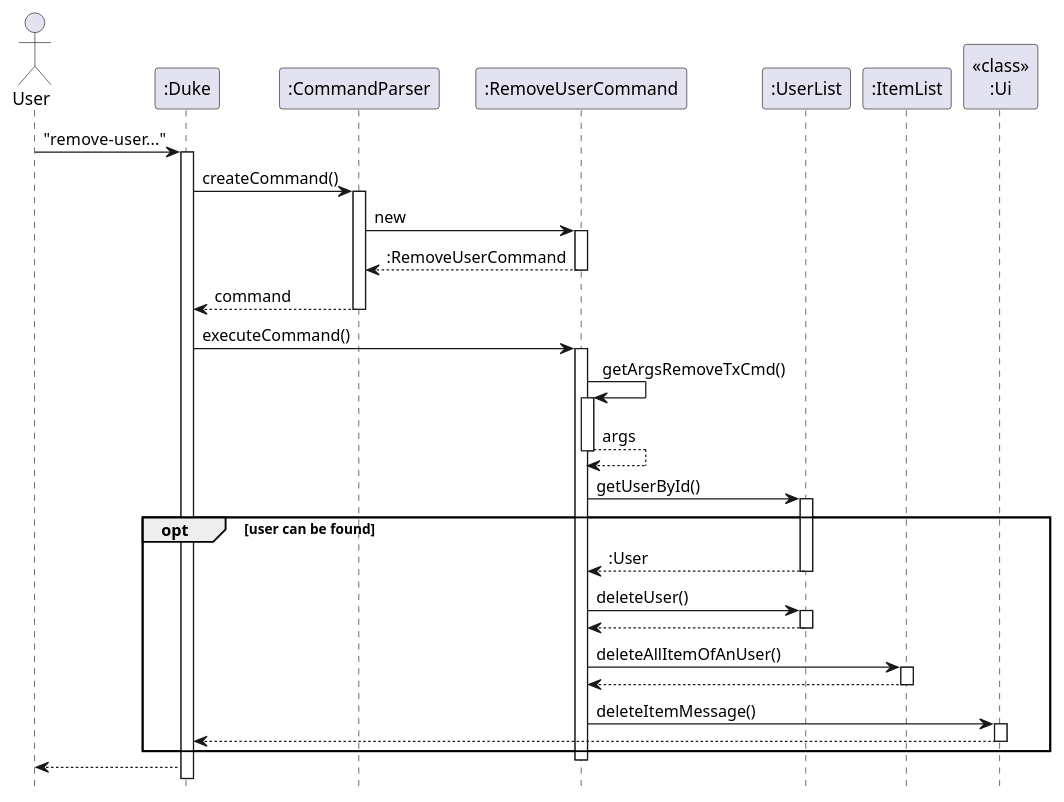
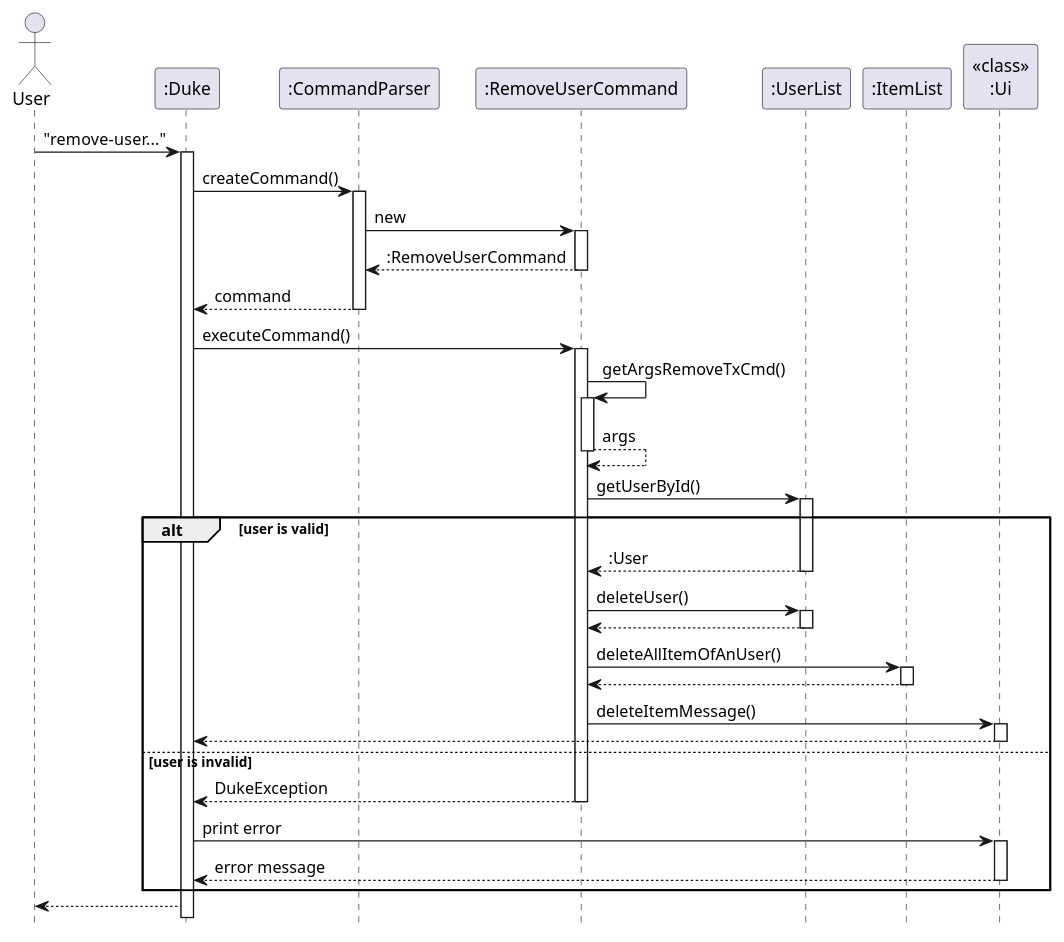
Before and after one commit to nus-cs2113-AY2223S1/tp: the diagram in docs/diagrams/user/RemoveUserSequence.puml, drawn with PlantUML. The commit also changed 22 other files, not shown here.

```diff
--- a/docs/diagrams/user/RemoveUserSequence.puml
+++ b/docs/diagrams/user/RemoveUserSequence.puml
@@ -1,40 +1,47 @@
 @startuml
 hide footbox
 
 Actor User
 "User" -> ":Duke": "remove-user..."
 activate ":Duke"
 ":Duke" -> ":CommandParser": createCommand()
 activate ":CommandParser"
 ":CommandParser" -> ":RemoveUserCommand": new
 activate ":RemoveUserCommand"
 return :RemoveUserCommand
 ":CommandParser" --> ":Duke": command
 deactivate
 
 ":Duke" -> ":RemoveUserCommand" : executeCommand()
 activate ":RemoveUserCommand"
 ":RemoveUserCommand" -> ":RemoveUserCommand": getArgsRemoveTxCmd()
 activate ":RemoveUserCommand"
 return args
     ":RemoveUserCommand" -> ":UserList": getUserById()
     activate ":UserList"
-opt user can be found
+alt user is valid
     ":UserList" --> ":RemoveUserCommand": :User
     deactivate ":UserList"
 
     ":RemoveUserCommand" -> ":UserList": deleteUser()
     activate ":UserList"
     return
     ":RemoveUserCommand" -> ":ItemList": deleteAllItemOfAnUser()
     activate ":ItemList"
     return
     ":RemoveUserCommand" -> "<<class>>\n:Ui": deleteItemMessage()
     activate "<<class>>\n:Ui"
     "<<class>>\n:Ui" --> ":Duke"
     deactivate "<<class>>\n:Ui"
     deactivate ":UserList"
+else user is invalid
+    ":RemoveUserCommand" --> ":Duke" : DukeException
+    deactivate ":RemoveUserCommand"
+    ":Duke" -> "<<class>>\n:Ui" : print error
+    activate "<<class>>\n:Ui"
+    "<<class>>\n:Ui" --> ":Duke" : error message
+    deactivate "<<class>>\n:Ui"
 end
 deactivate ":RemoveUserCommand"
 ":Duke" --> "User"
 @enduml
```
